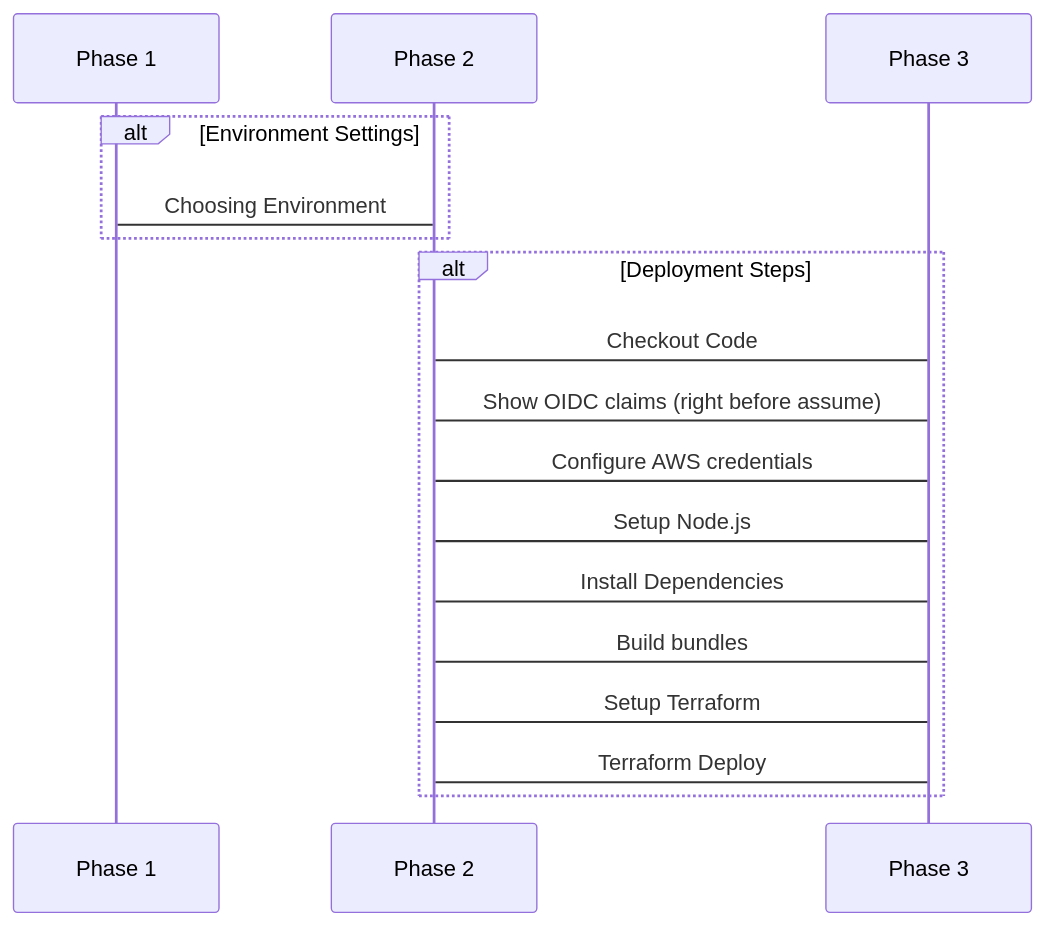
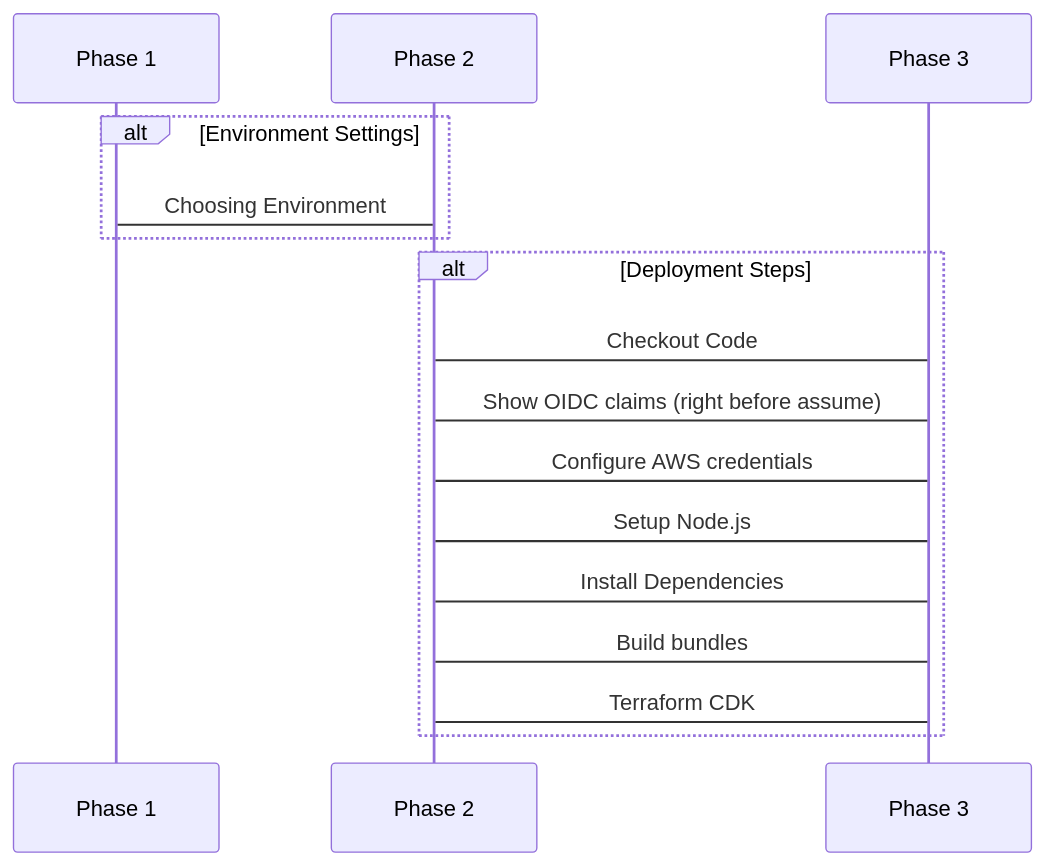
The third of 3 diagrams in .github/README-Pipelines.md (govuk-once/gds-unified-notification-service), drawn with Mermaid before and after one commit. The commit also changed other lines of this file and 93 other files, not shown here.

````diff
--- a/.github/README-Pipelines.md
+++ b/.github/README-Pipelines.md
@@ -125,16 +105,15 @@
 ```mermaid
 sequenceDiagram
     alt Environment Settings
       Phase 1->Phase 2: Choosing Environment
     end
     alt Deployment Steps
       Phase 2->Phase 3: Checkout Code
       Phase 2->Phase 3: Show OIDC claims (right before assume)
       Phase 2->Phase 3: Configure AWS credentials
       Phase 2->Phase 3: Setup Node.js
       Phase 2->Phase 3: Install Dependencies
       Phase 2->Phase 3: Build bundles
-      Phase 2->Phase 3: Setup Terraform
-      Phase 2->Phase 3: Terraform Deploy
+      Phase 2->Phase 3: Terraform CDK
     end
 ```
````
